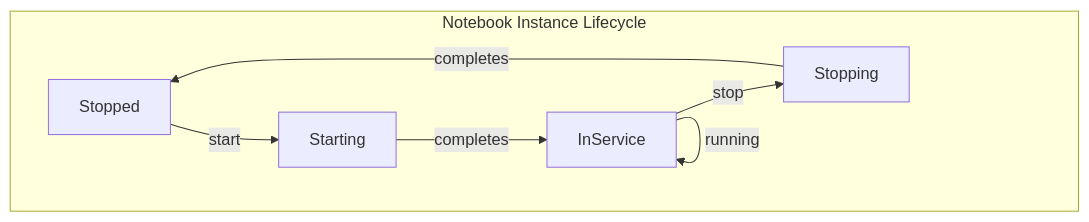
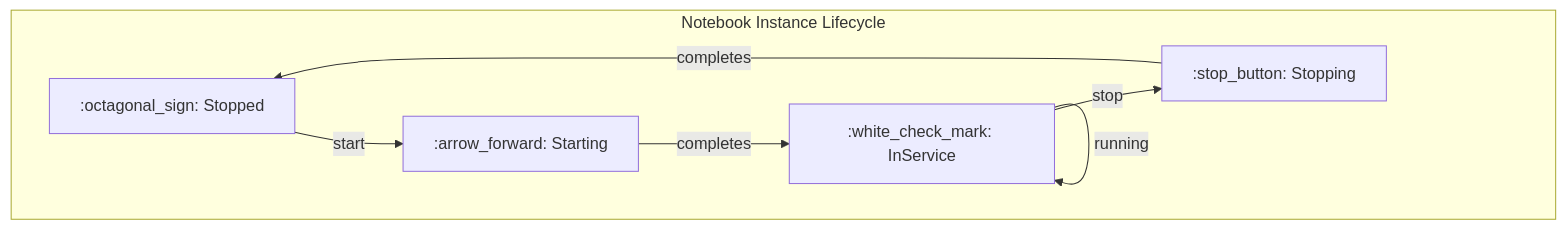
The fourth of 5 diagrams in aws-ml-associate-prep/01-sagemaker-basics/README.md (vinu76jsr/aws-sample-projects), drawn with Mermaid before and after one commit. The commit also changed other lines of this file, not shown here.

Commit message:
docs(ml-labs): Update all diagrams with emoji shortcodes for github compatibility

````diff
--- a/aws-ml-associate-prep/01-sagemaker-basics/README.md
+++ b/aws-ml-associate-prep/01-sagemaker-basics/README.md
@@ -226,10 +226,10 @@
 ```mermaid
 graph TD
     subgraph "Notebook Instance Lifecycle"
-        Stopped -- start --> Starting
-        Starting -- completes --> InService
-        InService -- stop --> Stopping
+        Stopped[":octagonal_sign: Stopped"] -- start --> Starting[":arrow_forward: Starting"]
+        Starting -- completes --> InService[":white_check_mark: InService"]
+        InService -- stop --> Stopping[":stop_button: Stopping"]
         Stopping -- completes --> Stopped
         InService -- running --> InService
     end
 ```
````
